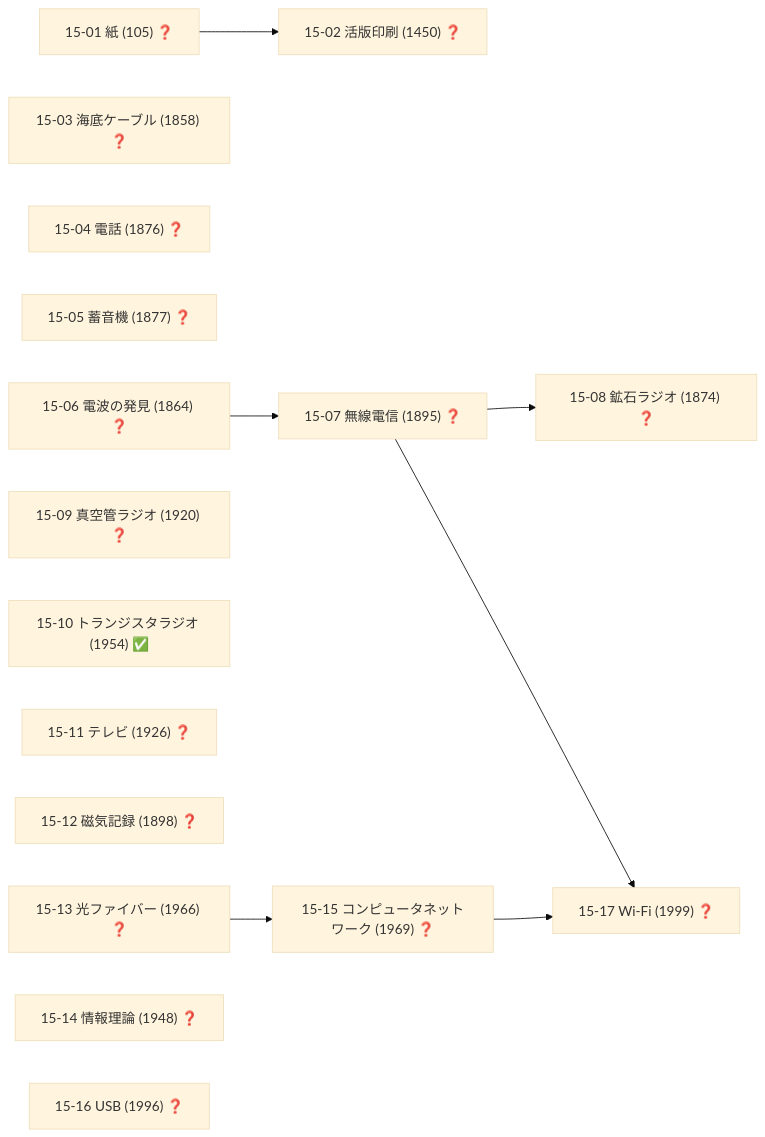
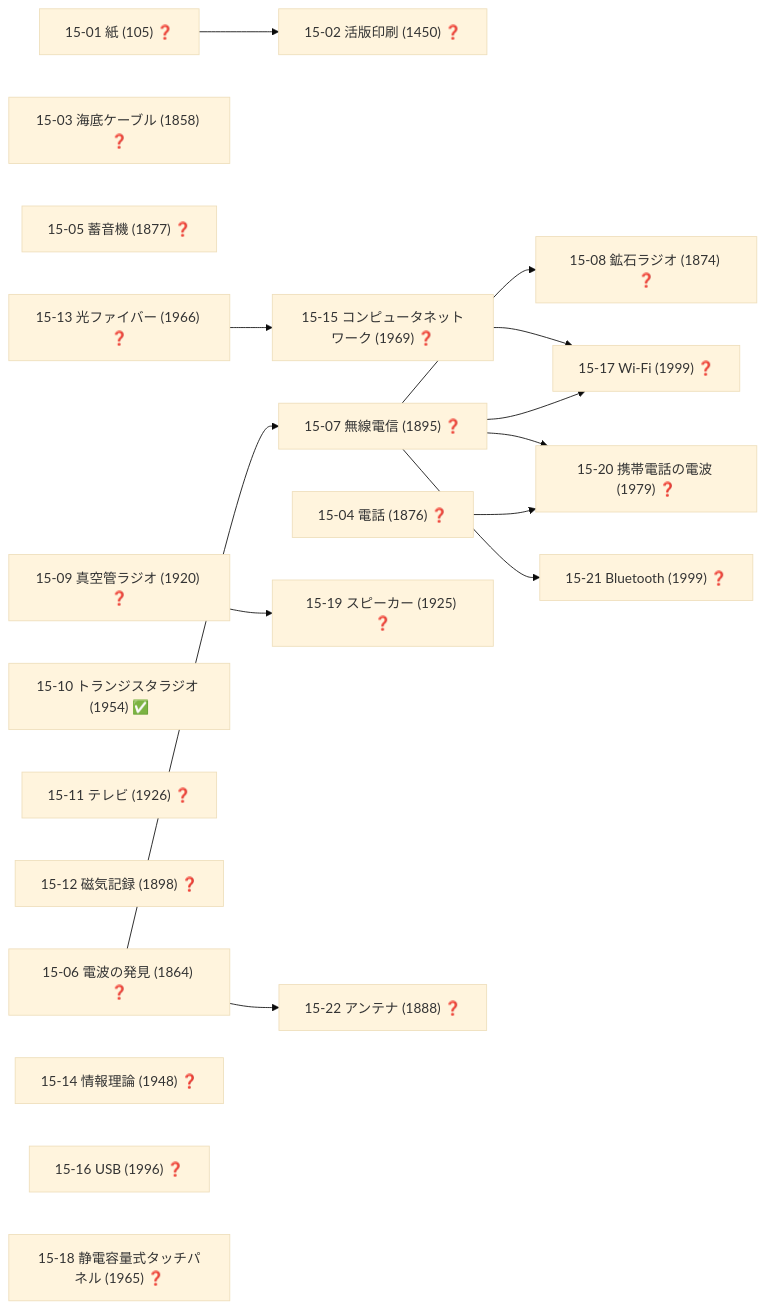
Diagram 18 of 19 in docs/TECH_TREE_VIEW.md (taku3i0317-collab/semiconductor-lab), drawn with Mermaid (base theme) before and after one commit. The commit also changed other lines of this file and 7 other files, not shown here.

````diff
--- a/docs/TECH_TREE_VIEW.md
+++ b/docs/TECH_TREE_VIEW.md
@@ -844,26 +849,36 @@
 ```mermaid
 graph LR
   n15_01["15-01 紙 (105) ❓"]
   n15_02["15-02 活版印刷 (1450) ❓"]
   n15_03["15-03 海底ケーブル (1858) ❓"]
   n15_04["15-04 電話 (1876) ❓"]
   n15_05["15-05 蓄音機 (1877) ❓"]
   n15_06["15-06 電波の発見 (1864) ❓"]
   n15_07["15-07 無線電信 (1895) ❓"]
   n15_08["15-08 鉱石ラジオ (1874) ❓"]
   n15_09["15-09 真空管ラジオ (1920) ❓"]
   n15_10["15-10 トランジスタラジオ (1954) ✅"]
   n15_11["15-11 テレビ (1926) ❓"]
   n15_12["15-12 磁気記録 (1898) ❓"]
   n15_13["15-13 光ファイバー (1966) ❓"]
   n15_14["15-14 情報理論 (1948) ❓"]
   n15_15["15-15 コンピュータネットワーク (1969) ❓"]
   n15_16["15-16 USB (1996) ❓"]
   n15_17["15-17 Wi-Fi (1999) ❓"]
+  n15_18["15-18 静電容量式タッチパネル (1965) ❓"]
+  n15_19["15-19 スピーカー (1925) ❓"]
+  n15_20["15-20 携帯電話の電波 (1979) ❓"]
+  n15_21["15-21 Bluetooth (1999) ❓"]
+  n15_22["15-22 アンテナ (1888) ❓"]
   n15_01-->n15_02
   n15_06-->n15_07
   n15_07-->n15_08
   n15_13-->n15_15
   n15_07-->n15_17
   n15_15-->n15_17
+  n15_09-->n15_19
+  n15_04-->n15_20
+  n15_07-->n15_20
+  n15_07-->n15_21
+  n15_06-->n15_22
 ```
````
